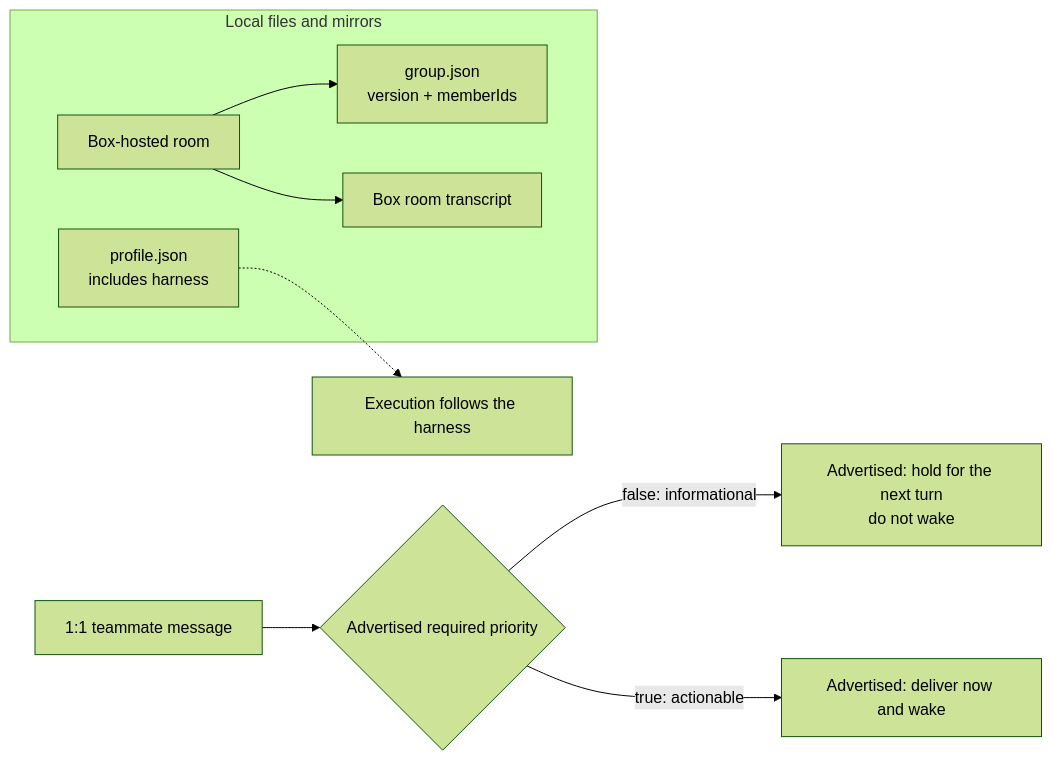
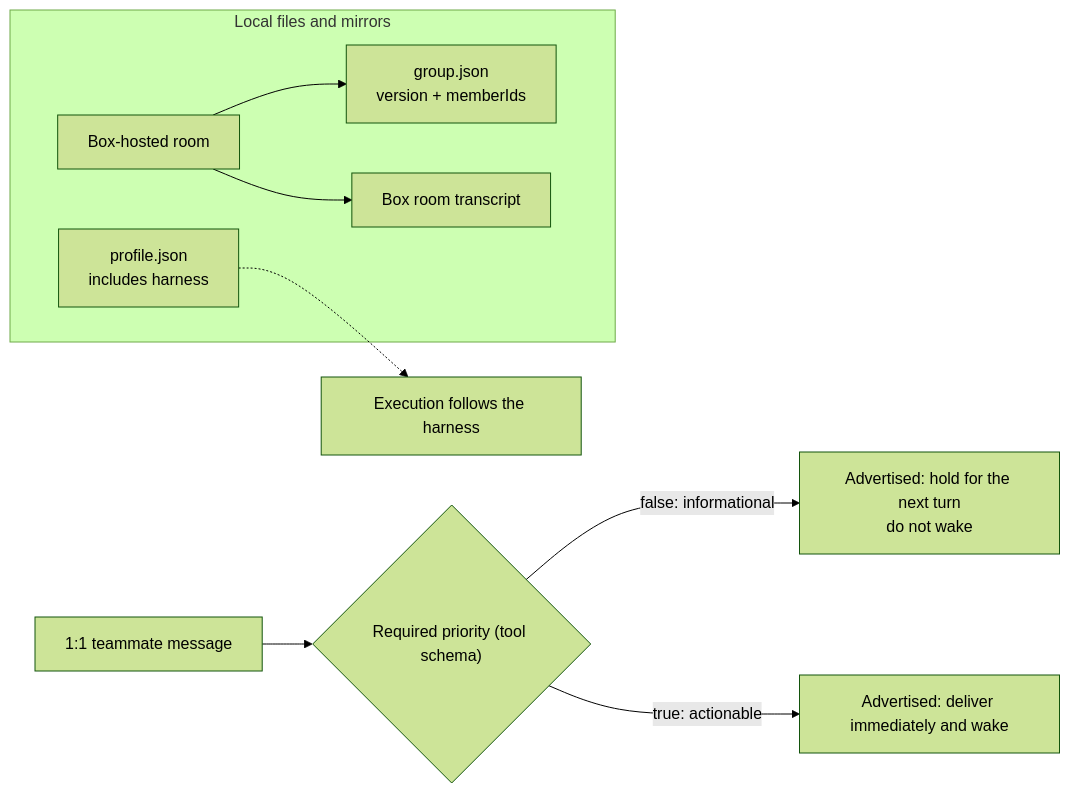
One commit to debidong/grok-bot-0.18-reconstructed changed the first of 5 diagrams in docs/agent-teams-100-questions.md. Above: the diagram before and after it, drawn with Mermaid (forest theme). The commit also changed other lines of this file, not shown here.

````diff
--- a/docs/agent-teams-100-questions.md
+++ b/docs/agent-teams-100-questions.md
@@ -50,15 +46,15 @@
 ```mermaid
 flowchart LR
   subgraph Local["Local files and mirrors"]
     Profile["profile.json<br/>includes harness"]
     Room["Box-hosted room"]
     Config["group.json<br/>version + memberIds"]
     Log["Box room transcript"]
     Room --> Config
     Room --> Log
   end
   Profile -.-> Execution["Execution follows the harness"]
-  Mail["1:1 teammate message"] --> Priority{"Advertised required priority"}
+  Mail["1:1 teammate message"] --> Priority{"Required priority (tool schema)"}
   Priority -->|"false: informational"| Hold["Advertised: hold for the next turn<br/>do not wake"]
-  Priority -->|"true: actionable"| Wake["Advertised: deliver now and wake"]
+  Priority -->|"true: actionable"| Wake["Advertised: deliver immediately and wake"]
 ```
````
